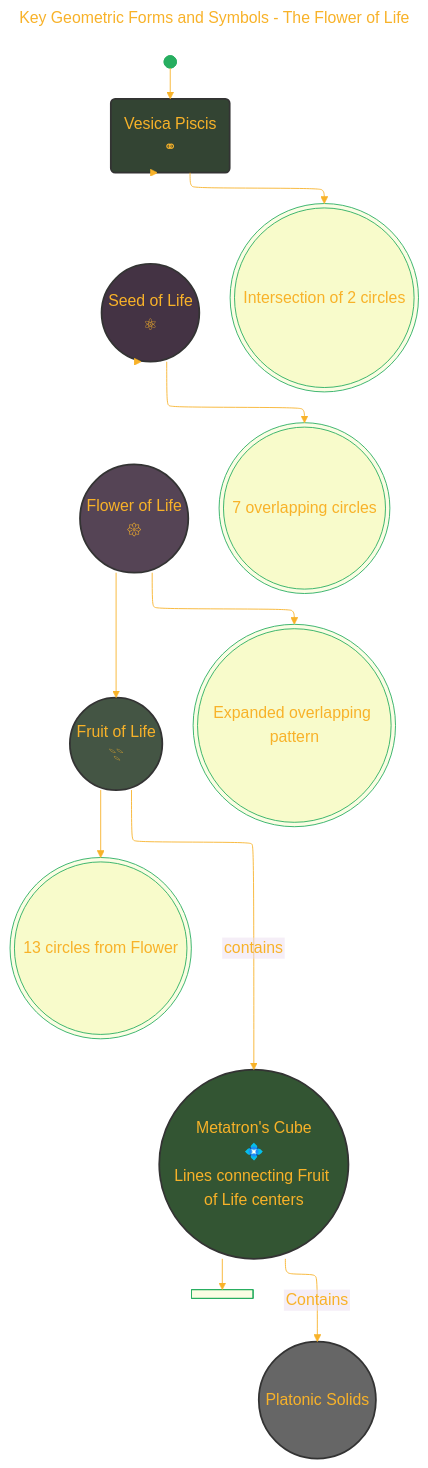
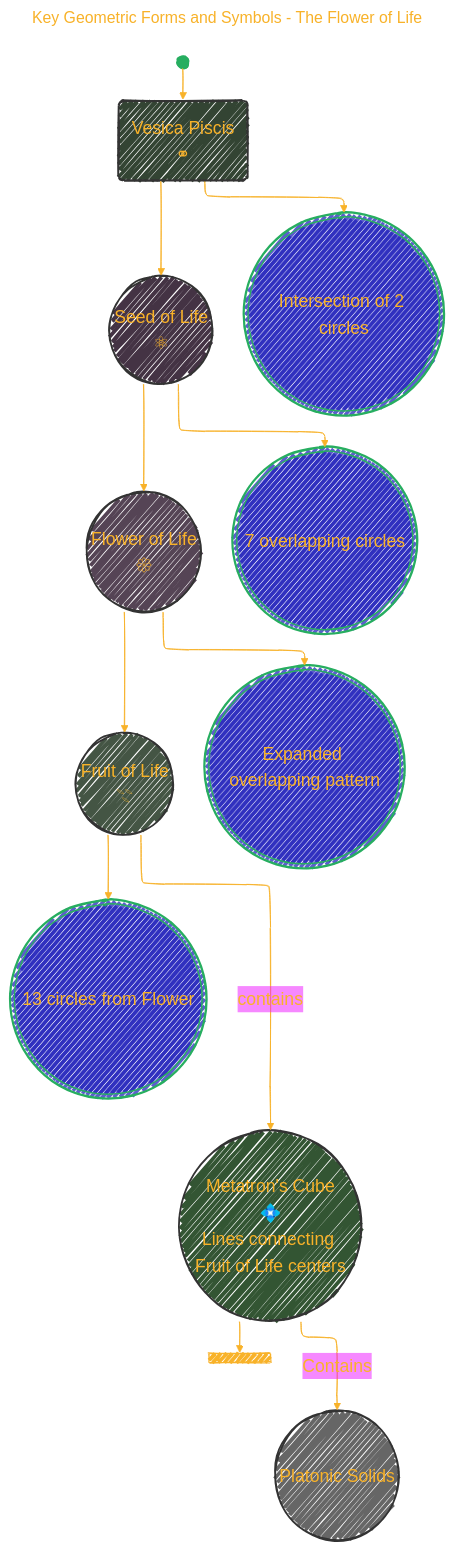
The fourth of 7 diagrams in Understanding_Sacred_Geometry.md (CongLeSolutionX/Harmonic_Atomica), drawn with Mermaid before and after one commit. The commit also changed other lines of this file, not shown here.

````diff
--- a/Understanding_Sacred_Geometry.md
+++ b/Understanding_Sacred_Geometry.md
@@ -255,71 +259,73 @@
 ```mermaid
 ---
 title: "Key Geometric Forms and Symbols - The Flower of Life"
 author: "Cong Le"
 version: "1.0"
-license(s): "MIT, CC BY 4.0"
+license(s): "MIT, CC BY-SA 4.0"
 copyright: "Copyright (c) 2025 Cong Le. All Rights Reserved."
 config:
   layout: elk
   theme: base
+  look: handDrawn
 ---
 %%%%%%%% Mermaid version v11.4.1-b.14
 %%%%%%%% Available curve styles include the following keywords:
 %% basis, bumpX, bumpY, cardinal, catmullRom, linear, monotoneX, monotoneY, natural, step, stepAfter, stepBefore.
 %%{
   init: {
-    'flowchart': { 'htmlLabels': false, 'curve': 'basis' },
-    'fontFamily': 'Luminari',
+    'flowchart': { 'htmlLabels': true, 'curve': 'basis' },
+    'fontFamily': 'American Typewriter, monospace',
+    'logLevel': 'fatal',
     'themeVariables': {
-      'primaryColor': '#DE32',
+      'primaryColor': '#22BB',
       'primaryTextColor': '#F8B229',
       'lineColor': '#F8B229',
       'primaryBorderColor': '#27AE60',
-      'secondaryColor': '#EBDEF0',
+      'secondaryColor': '#E2F1',
       'secondaryTextColor': '#6C3483',
       'secondaryBorderColor': '#A569BD',
-      'fontSize': '18px'
+      'fontSize': '20px'
     }
   }
 }%%
 flowchart TD
 	A_0@{ shape: f-circ, label: "The Initial Beginning" }
     A("Vesica Piscis<br/>⚭")
     B(("Seed of Life<br/>⚛"))
     C(("Flower of Life<br/>𑁍"))
     D(("Fruit of Life<br/>𓇢"))
     E(("Metatron's Cube<br/>💠<br/>Lines connecting Fruit of Life centers"))
     F(("Platonic Solids"))
 
 	A_0 --> A
 	A --> B
 	A --> A_Expansion
 	A_Expansion@{ shape: dbl-circ, label: "Intersection of 2 circles" }
 
 	B --> B_Expansion
 	B_Expansion@{ shape: dbl-circ, label: "7 overlapping circles" }
 	
     B --> C
 
 	C --> C_Expansion
 	C_Expansion@{ shape: dbl-circ, label: "Expanded overlapping pattern" }
     
     C --> D
 	D --> D_Expansion
 	D_Expansion@{ shape: dbl-circ, label: "13 circles from Flower" }
 	
     D -- contains --> E
 
 	E --> E_Expansion
 	E_Expansion@{ shape: fork, label: "Lines connecting Fruit of Life centers" }
 
     E -- Contains --> F
 
     style A fill:#343,stroke:#333,stroke-width:2px
     style B fill:#434,stroke:#333,stroke-width:2px
     style C fill:#545,stroke:#333,stroke-width:2px
     style D fill:#454,stroke:#333,stroke-width:2px
     style E fill:#353,stroke:#333,stroke-width:2px
     style F fill:#666,stroke:#333,stroke-width:2px
     
 ```
````
